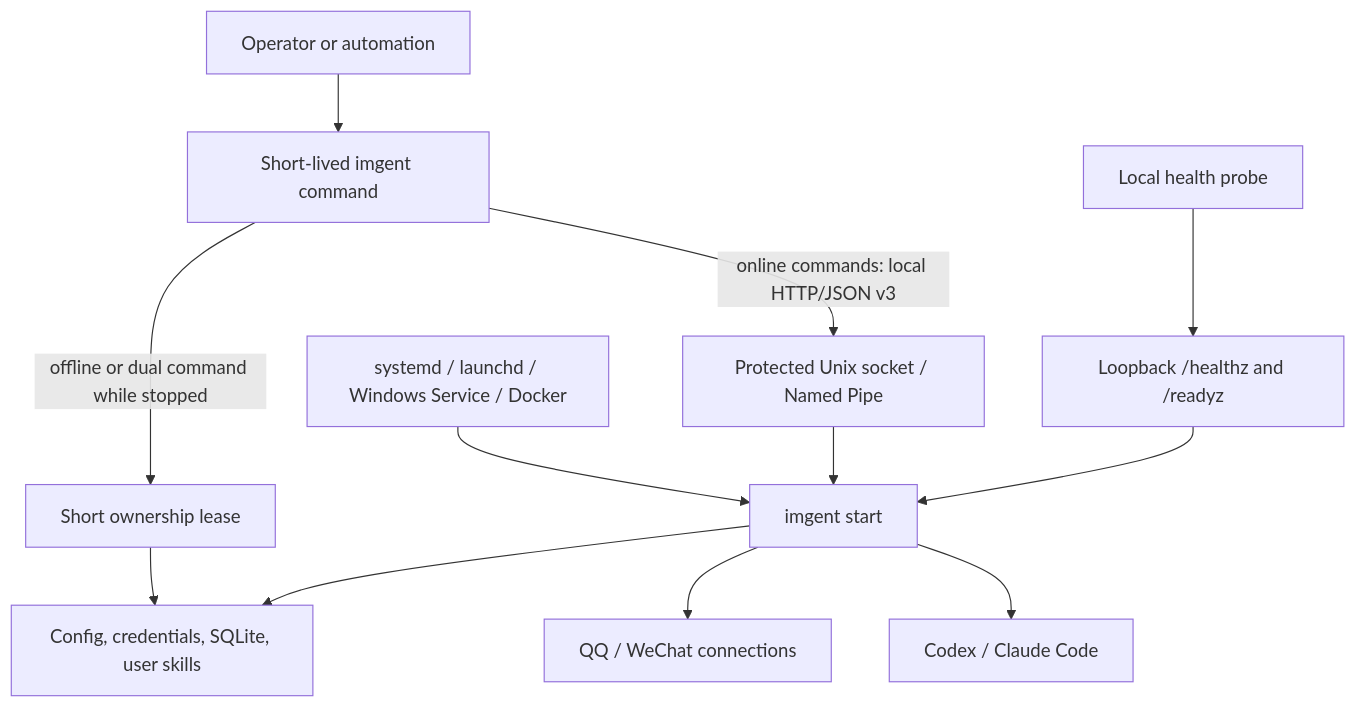
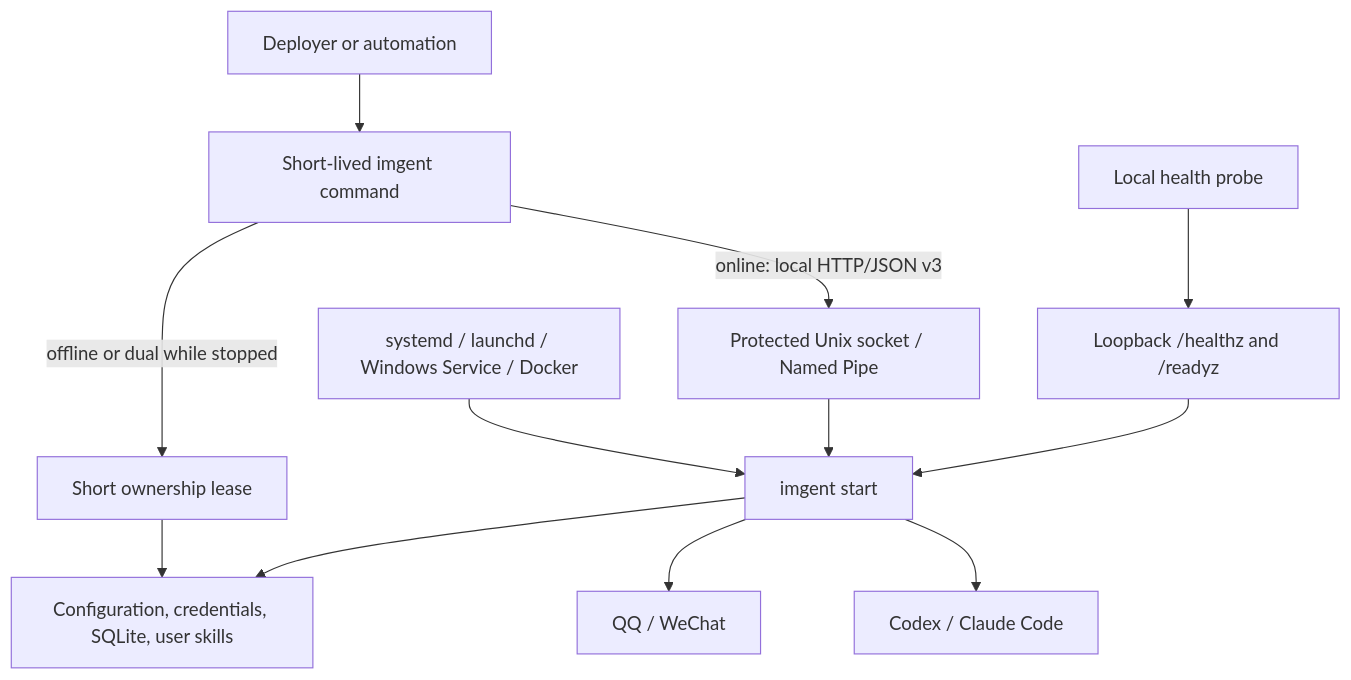
Before and after one commit to Morilence/IMGent: the second of 2 diagrams in README.md, drawn with Mermaid. The commit also changed other lines of this file and 2 other files, not shown here.

````diff
--- a/README.md
+++ b/README.md
@@ -100,14 +118,14 @@
 ```mermaid
 flowchart TB
-    OP["Operator or automation"] --> CLI["Short-lived imgent command"]
+    OP["Deployer or automation"] --> CLI["Short-lived imgent command"]
     SUP["systemd / launchd / Windows Service / Docker"] --> SVC["imgent start"]
-    CLI -->|"online commands: local HTTP/JSON v3"| CP["Protected Unix socket / Named Pipe"]
+    CLI -->|"online: local HTTP/JSON v3"| CP["Protected Unix socket / Named Pipe"]
     CP --> SVC
-    CLI -->|"offline or dual command while stopped"| LEASE["Short ownership lease"]
-    LEASE --> DATA["Config, credentials, SQLite, user skills"]
+    CLI -->|"offline or dual while stopped"| LEASE["Short ownership lease"]
+    LEASE --> DATA["Configuration, credentials, SQLite, user skills"]
     SVC --> DATA
-    SVC --> IM["QQ / WeChat connections"]
+    SVC --> IM["QQ / WeChat"]
     SVC --> AG["Codex / Claude Code"]
     PROBE["Local health probe"] --> HEALTH["Loopback /healthz and /readyz"]
     HEALTH --> SVC
 ```
````
